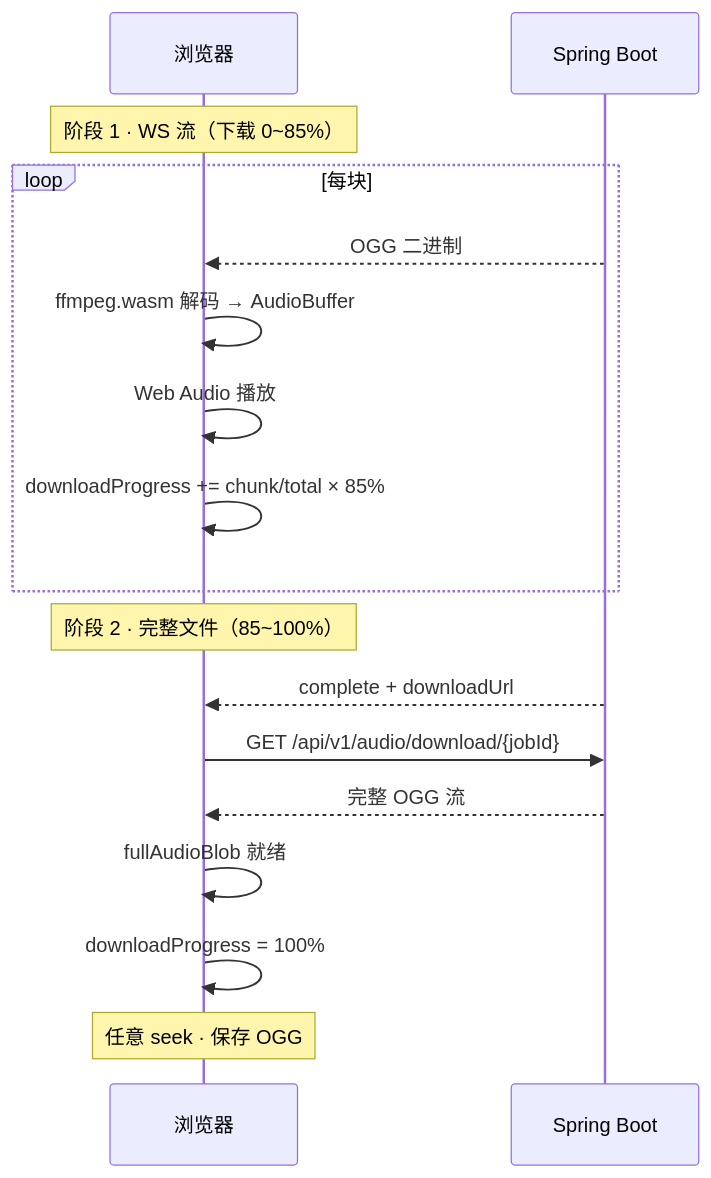
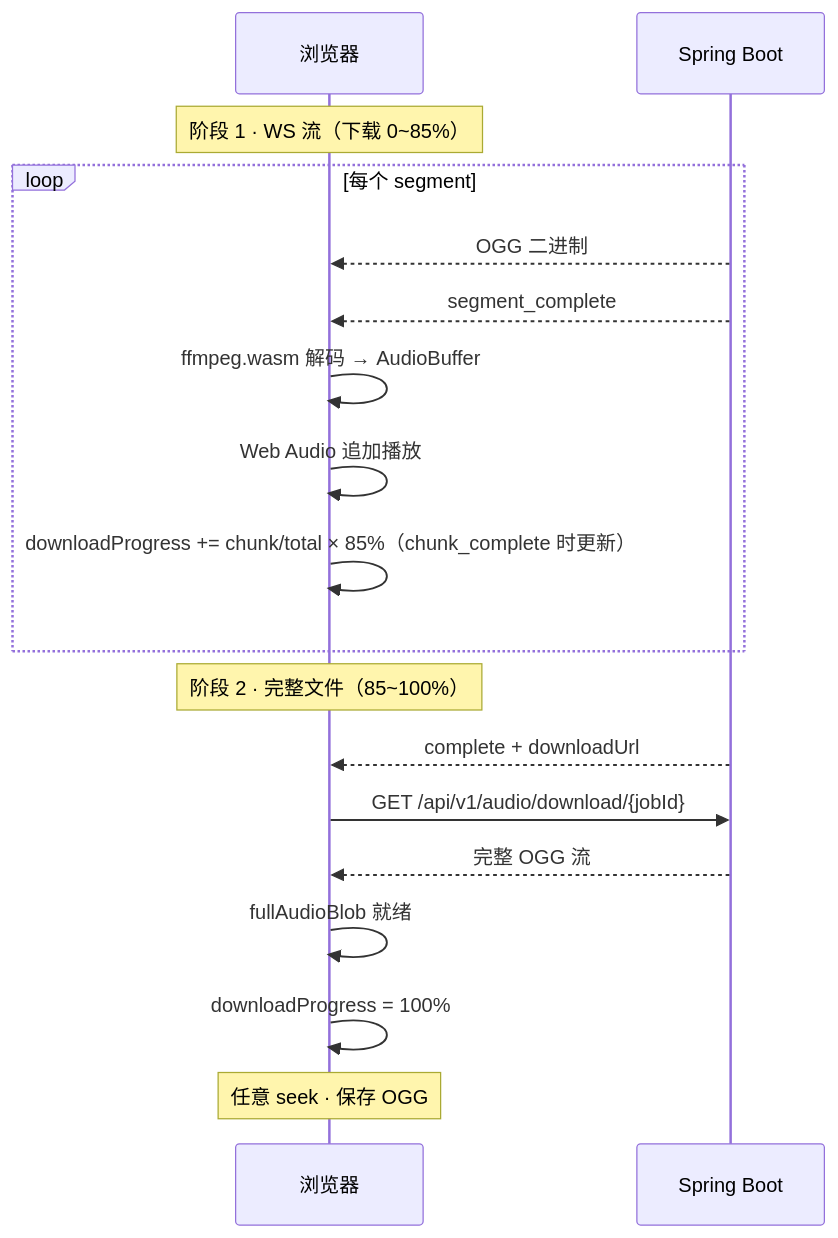
One commit to jiangxiluning/ws-audio-demo changed the tenth of 15 diagrams in docs/architecture.md. Above: the diagram before and after it, drawn with Mermaid. The commit also changed other lines of this file and 4 other files, not shown here.

First line of the commit message:
Align docs with gRPC streaming and segment-level WebSocket protocol.

````diff
--- a/docs/architecture.md
+++ b/docs/architecture.md
@@ -390,21 +390,22 @@
 ```mermaid
 sequenceDiagram
     participant B as 浏览器
     participant S as Spring Boot
 
     Note over B: 阶段 1 · WS 流（下载 0~85%）
-    loop 每块
+    loop 每个 segment
         S-->>B: OGG 二进制
+        S-->>B: segment_complete
         B->>B: ffmpeg.wasm 解码 → AudioBuffer
-        B->>B: Web Audio 播放
-        B->>B: downloadProgress += chunk/total × 85%
+        B->>B: Web Audio 追加播放
+        B->>B: downloadProgress += chunk/total × 85%（chunk_complete 时更新）
     end
 
     Note over B: 阶段 2 · 完整文件（85~100%）
     S-->>B: complete + downloadUrl
     B->>S: GET /api/v1/audio/download/{jobId}
     S-->>B: 完整 OGG 流
     B->>B: fullAudioBlob 就绪
     B->>B: downloadProgress = 100%
     Note over B: 任意 seek · 保存 OGG
 ```
````
